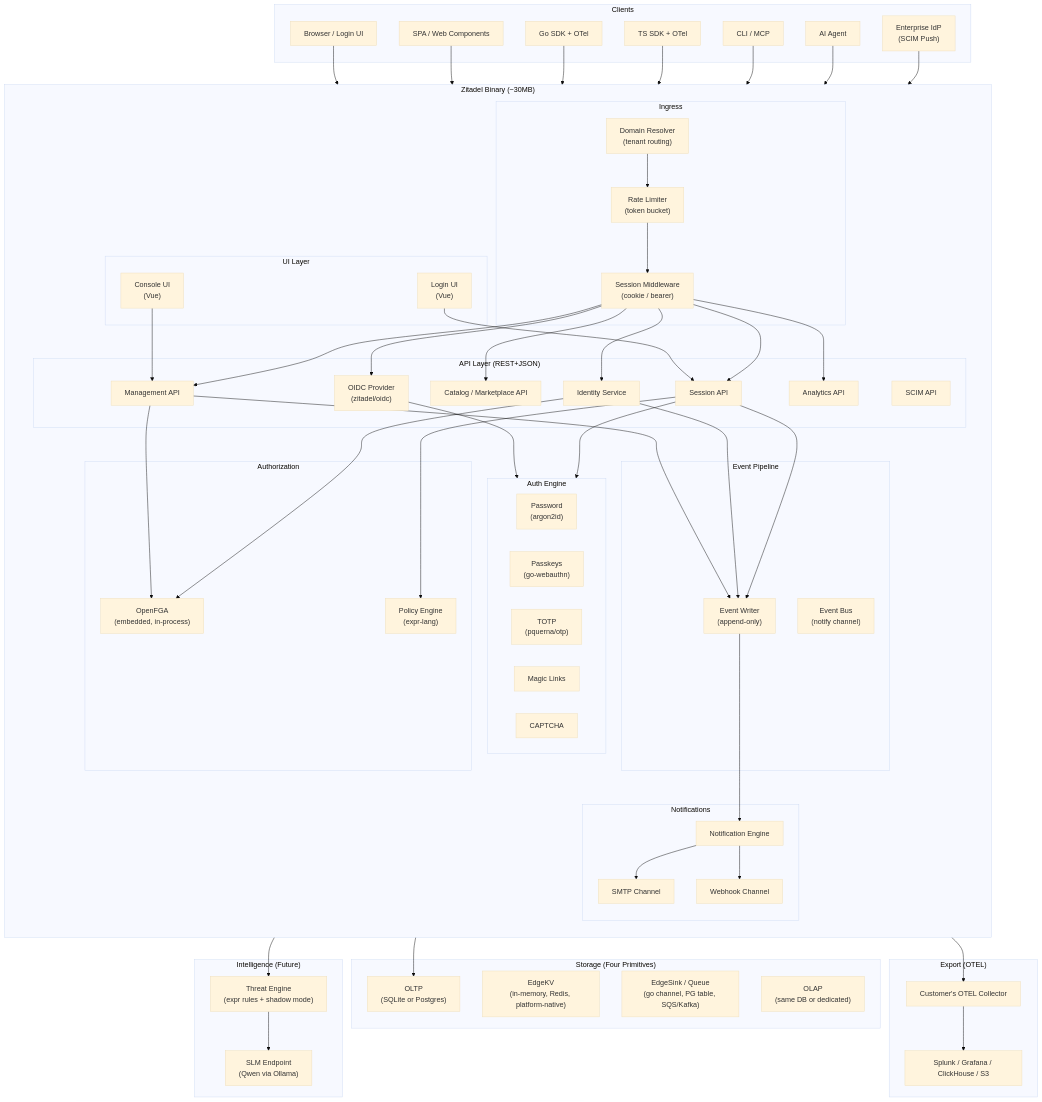
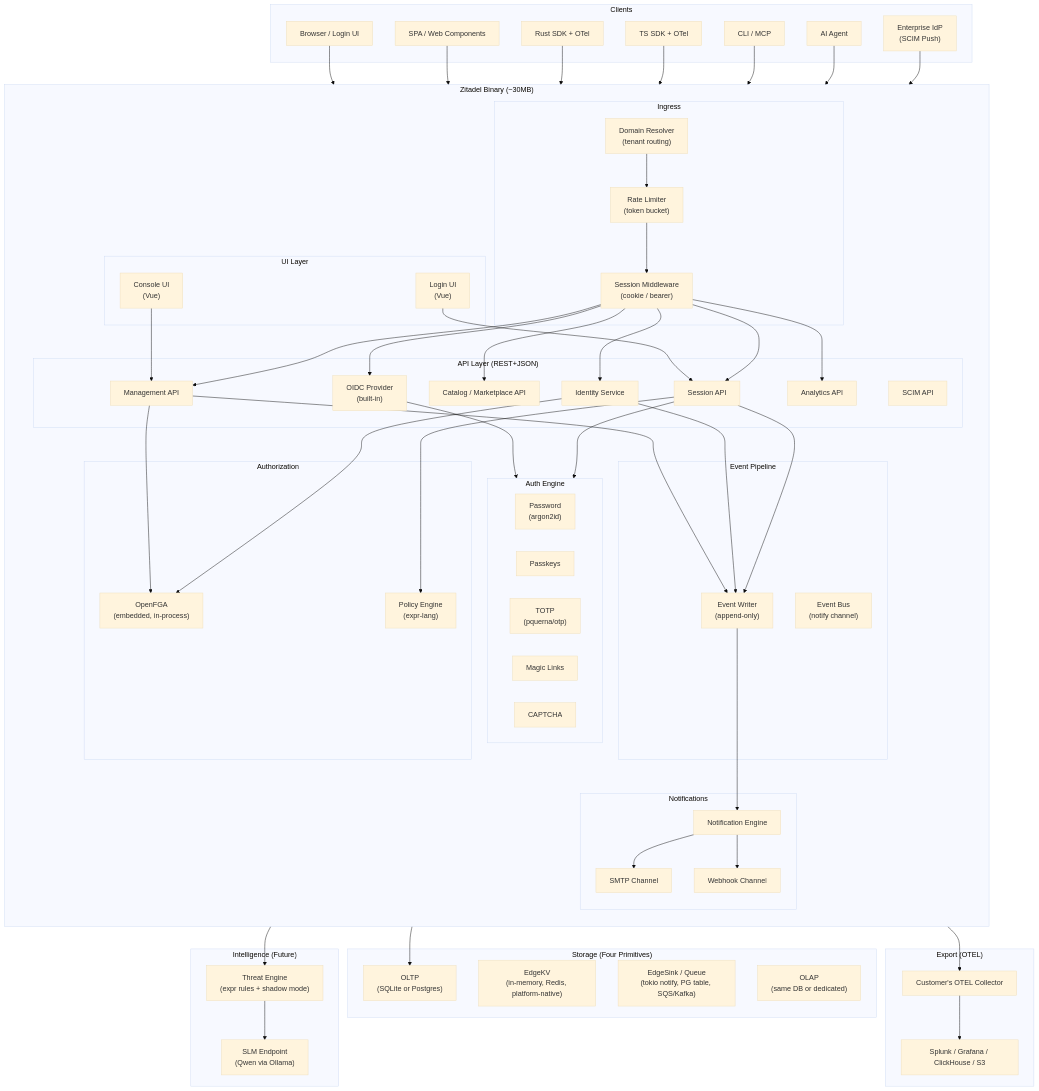
Before and after one commit to fforootd/hodor: the first of 3 diagrams in docs/architecture/overview.md, drawn with Mermaid (base theme). The commit also changed other lines of this file and 151 other files, not shown here.

```diff
--- a/docs/architecture/overview.md
+++ b/docs/architecture/overview.md
@@ -9,7 +9,7 @@
     subgraph Clients
         Browser["Browser / Login UI"]
         SPA["SPA / Web Components"]
-        SDK_GO["Go SDK + OTel"]
+        SDK_RS["Rust SDK + OTel"]
         SDK_TS["TS SDK + OTel"]
         CLI["CLI / MCP"]
         Agent["AI Agent"]
@@ -29,7 +29,7 @@
             SessionAPI["Session API"]
             IdentityAPI["Identity Service"]
             CatalogAPI["Catalog / Marketplace API"]
-            OIDC_EP["OIDC Provider<br/>(zitadel/oidc)"]
+            OIDC_EP["OIDC Provider<br/>(built-in)"]
             SCIM_EP["SCIM API"]
             MgmtAPI["Management API"]
             AnalyticsAPI["Analytics API"]
@@ -37,7 +37,7 @@
 
         subgraph Auth["Auth Engine"]
             Password["Password<br/>(argon2id)"]
-            Passkey["Passkeys<br/>(go-webauthn)"]
+            Passkey["Passkeys"]
             TOTP_E["TOTP<br/>(pquerna/otp)"]
             MagicLink["Magic Links"]
             Captcha["CAPTCHA"]
@@ -68,7 +68,7 @@
     subgraph Storage["Storage (Four Primitives)"]
         OLTP_S["OLTP<br/>(SQLite or Postgres)"]
         KV_S["EdgeKV<br/>(in-memory, Redis, platform-native)"]
-        Queue_S["EdgeSink / Queue<br/>(go channel, PG table, SQS/Kafka)"]
+        Queue_S["EdgeSink / Queue<br/>(tokio notify, PG table, SQS/Kafka)"]
         OLAP_S["OLAP<br/>(same DB or dedicated)"]
     end
 
@@ -84,7 +84,7 @@
 
     Browser --> DomainResolver
     SPA --> DomainResolver
-    SDK_GO --> DomainResolver
+    SDK_RS --> DomainResolver
     SDK_TS --> DomainResolver
     CLI --> DomainResolver
     Agent --> DomainResolver
```
